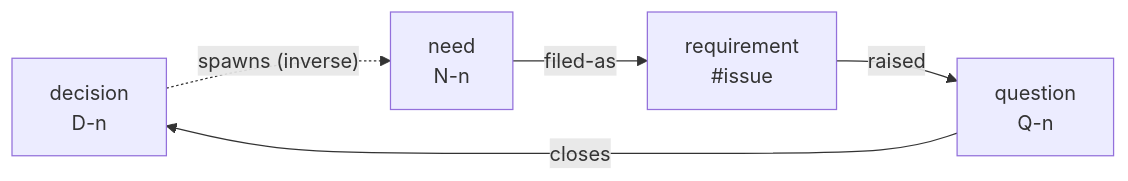
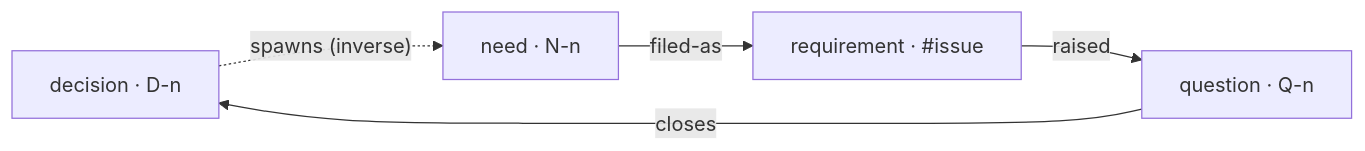
The first of 3 diagrams in README.md (aq2bq/gy), drawn with Mermaid before and after one commit. The commit also changed other lines of this file and 1 other file, not shown here.

````diff
--- a/README.md
+++ b/README.md
@@ -29,11 +31,11 @@
 ```mermaid
 flowchart LR
-  D["decision<br/>D-n"]
-  N["need<br/>N-n"]
-  R["requirement<br/>#35;issue"]
-  Q["question<br/>Q-n"]
+  D["decision · D-n"]
+  N["need · N-n"]
+  R["requirement · #35;issue"]
+  Q["question · Q-n"]
   D -. "spawns (inverse)" .-> N
   N -- "filed-as" --> R
   R -- "raised" --> Q
   Q -- "closes" --> D
 ```
````
